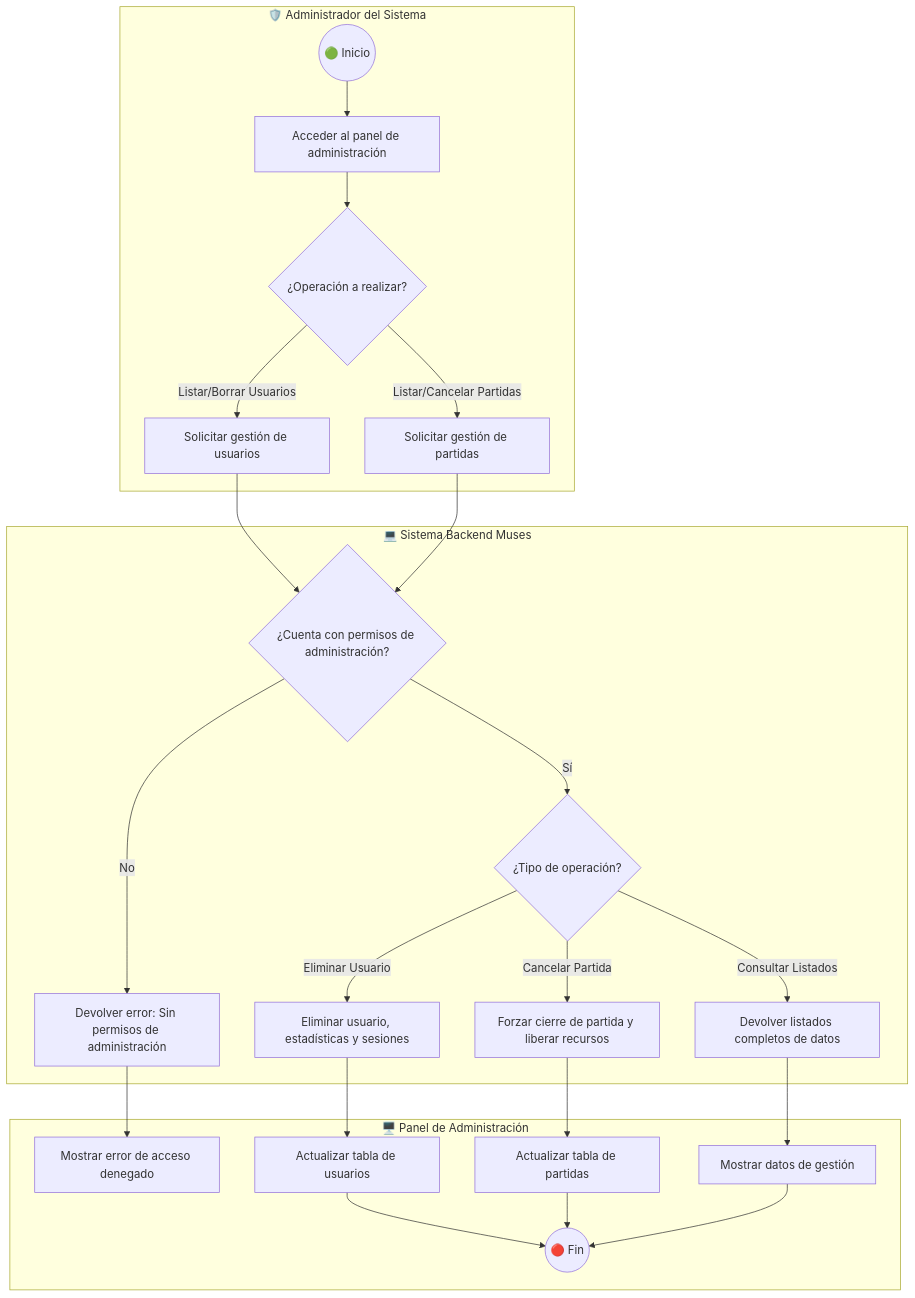
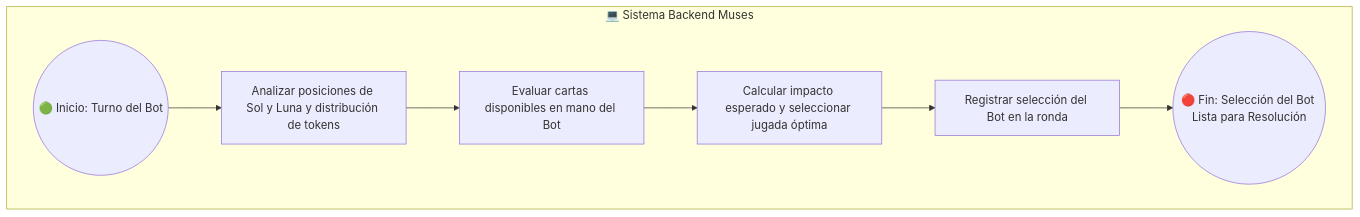
One commit to PedroJimenezGuerrero/Muses_TFG changed the tenth of 10 diagrams in docs/Análisis/Procesos de negocio.md. Above: the diagram before and after it, drawn with Mermaid. The commit also changed other lines of this file, not shown here.

````diff
--- a/docs/Análisis/Procesos de negocio.md
+++ b/docs/Análisis/Procesos de negocio.md
@@ -378,32 +337,11 @@
 ```mermaid
 flowchart TD
-    subgraph Admin ["🛡️ Administrador del Sistema"]
-        A(( 🟢 Inicio )) --> B[Acceder al panel de administración]
-        B --> C{¿Operación a realizar?}
-        
-        C -- Listar/Borrar Usuarios --> D[Solicitar gestión de usuarios]
-        C -- Listar/Cancelar Partidas --> E[Solicitar gestión de partidas]
+    subgraph Backend ["💻 Sistema Backend Muses"]
+        A(( 🟢 Inicio: Turno del Bot )) --> B[Analizar posiciones de Sol y Luna y distribución de tokens]
+        B --> C[Evaluar cartas disponibles en mano del Bot]
+        C --> D[Calcular impacto esperado y seleccionar jugada óptima]
+        D --> E[Registrar selección del Bot en la ronda]
+        E --> F(( 🔴 Fin: Selección del Bot Lista para Resolución ))
     end
 
-    subgraph Backend ["💻 Sistema Backend Muses"]
-        D --> F{¿Cuenta con permisos de administración?}
-        E --> F
-        
-        F -- No --> G[Devolver error: Sin permisos de administración]
-        F -- Sí --> H{¿Tipo de operación?}
-
-        H -- Eliminar Usuario --> I[Eliminar usuario, estadísticas y sesiones]
-        H -- Cancelar Partida --> J[Forzar cierre de partida y liberar recursos]
-        H -- Consultar Listados --> K[Devolver listados completos de datos]
-    end
-
-    subgraph AdminUI ["🖥️ Panel de Administración"]
-        G --> L[Mostrar error de acceso denegado]
-        I --> M[Actualizar tabla de usuarios]
-        J --> N[Actualizar tabla de partidas]
-        K --> O[Mostrar datos de gestión]
-        M --> P(( 🔴 Fin ))
-        N --> P
-        O --> P
-    end
 ```
````
